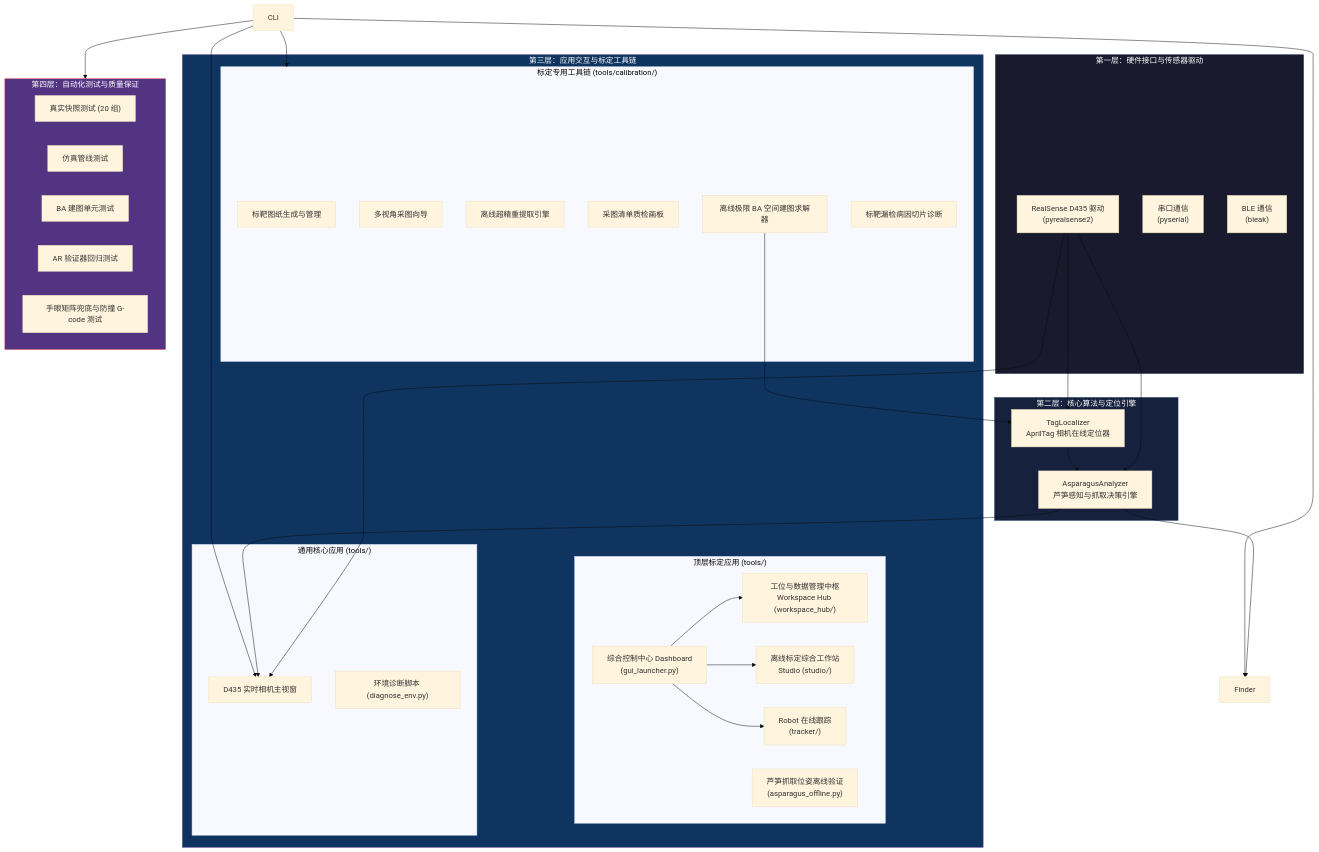
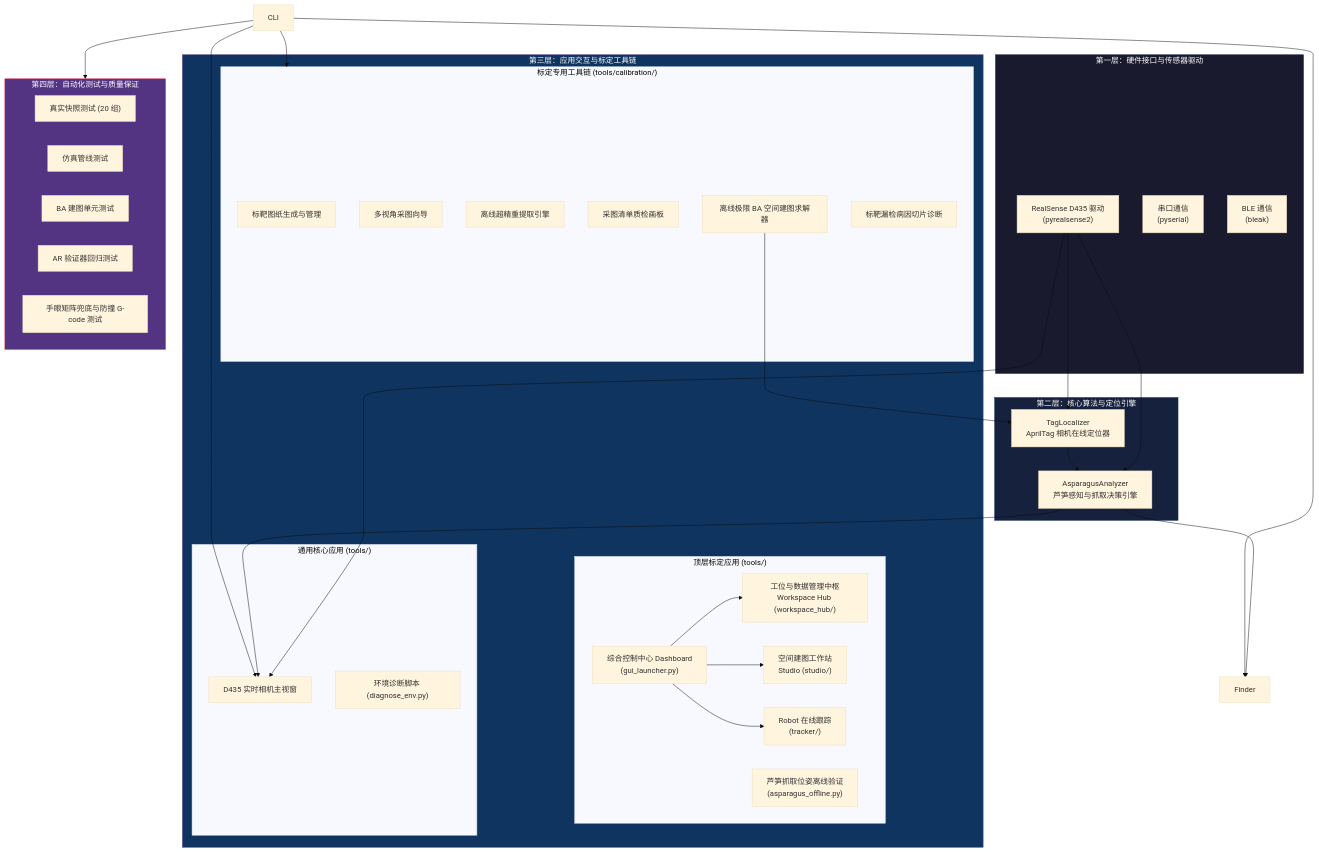
The first of 2 diagrams in docs/architecture.md (voicevon/flux_vision_3d), drawn with Mermaid (base theme) before and after one commit. The commit also changed other lines of this file and 25 other files, not shown here.

````diff
--- a/docs/architecture.md
+++ b/docs/architecture.md
@@ -12,63 +12,63 @@
 ```mermaid
 graph TD
     subgraph L1["第一层：硬件接口与传感器驱动"]
         Camera["RealSense D435 驱动<br>(pyrealsense2)"]
         Serial["串口通信<br>(pyserial)"]
         BLE["BLE 通信<br>(bleak)"]
     end
 
     subgraph L2["第二层：核心算法与定位引擎"]
         Analyzer["AsparagusAnalyzer<br>芦笋感知与抓取决策引擎"]
         Localizer["TagLocalizer<br>AprilTag 相机在线定位器"]
     end
 
     subgraph L3["第三层：应用交互与标定工具链"]
         subgraph L3_App["顶层标定应用 (tools/)"]
             Dashboard["综合控制中心 Dashboard<br>(gui_launcher.py)"]
             Hub["工位与数据管理中枢<br>Workspace Hub (workspace_hub/)"]
-            Studio["离线标定综合工作站<br>Studio (studio/)"]
+            Studio["空间建图工作站<br>Studio (studio/)"]
             Asparagus["芦笋抓取位姿离线验证<br>(asparagus_offline.py)"]
             Tracker["Robot 在线跟踪<br>(tracker/)"]
         end
         subgraph L3_Core["通用核心应用 (tools/)"]
             Viewer["D435 实时相机主视窗"]
             Diag["环境诊断脚本 (diagnose_env.py)"]
         end
         subgraph L3_Calib["标定专用工具链 (tools/calibration/)"]
             TagGen["标靶图纸生成与管理"]
             Wizard["多视角采图向导"]
             Extractor["离线超精重提取引擎"]
             Reviewer["采图清单质检画板"]
             MapBuilder["离线极限 BA 空间建图求解器"]
             Diagnose["标靶漏检病因切片诊断"]
         end
     end
 
     subgraph L4["第四层：自动化测试与质量保证"]
         TestReal["真实快照测试 (20 组)"]
         TestMock["仿真管线测试"]
         TestMap["BA 建图单元测试"]
         TestVerifier["AR 验证器回归测试"]
         TestHandEye["手眼矩阵兜底与防撞 G-code 测试"]
     end
 
     Camera --> Analyzer
     Camera --> Localizer
     Camera --> Viewer
     Analyzer --> Finder
     Analyzer --> Viewer
     Localizer --> Analyzer
     MapBuilder --> Localizer
     Dashboard --> Hub
     Dashboard --> Studio
     Dashboard --> Tracker
     CLI --> Viewer
     CLI --> Finder
     CLI --> L3_Calib
     CLI --> L4
 
     style L1 fill:#1a1a2e,stroke:#16213e,color:#fff
     style L2 fill:#16213e,stroke:#0f3460,color:#fff
     style L3 fill:#0f3460,stroke:#533483,color:#fff
     style L4 fill:#533483,stroke:#e94560,color:#fff
 ```
````
